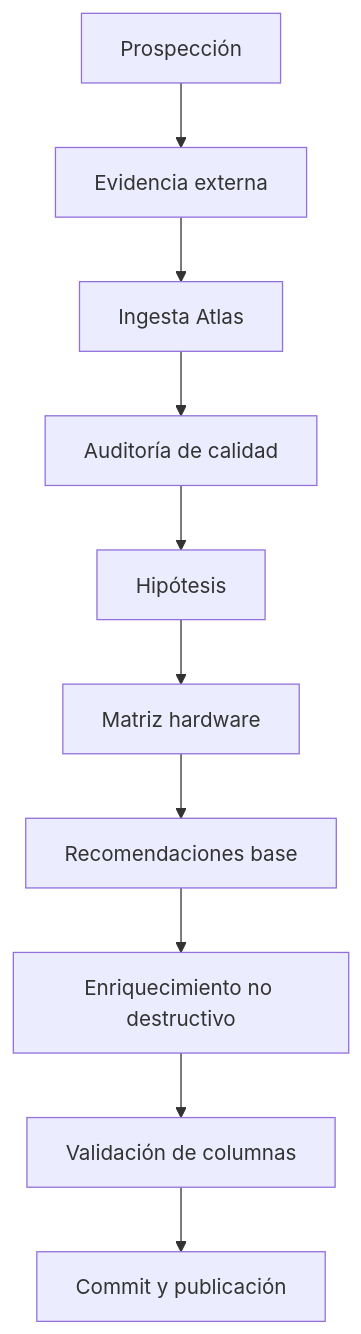
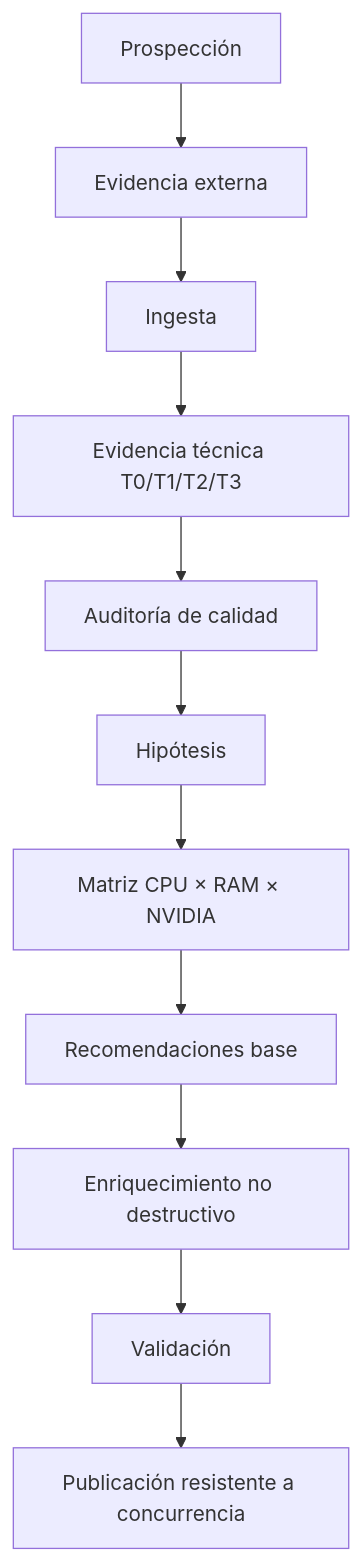
Before and after one commit to robertosantosx2/LEONES: the diagram in docs/phases/2026-08-atlas-recommendation-pipeline/ARCHITECTURE.md, drawn with Mermaid. The commit also changed other lines of this file, not shown here.

Commit message:
docs: finalize H10 architecture

````diff
--- a/docs/phases/2026-08-atlas-recommendation-pipeline/ARCHITECTURE.md
+++ b/docs/phases/2026-08-atlas-recommendation-pipeline/ARCHITECTURE.md
@@ -22,12 +23,13 @@
 ```mermaid
 flowchart TD
     A[Prospección] --> B[Evidencia externa]
-    B --> C[Ingesta Atlas]
-    C --> D[Auditoría de calidad]
-    D --> E[Hipótesis]
-    E --> F[Matriz hardware]
-    F --> G[Recomendaciones base]
-    G --> H[Enriquecimiento no destructivo]
-    H --> I[Validación de columnas]
-    I --> J[Commit y publicación]
+    B --> C[Ingesta]
+    C --> D[Evidencia técnica T0/T1/T2/T3]
+    D --> E[Auditoría de calidad]
+    E --> F[Hipótesis]
+    F --> G[Matriz CPU × RAM × NVIDIA]
+    G --> H[Recomendaciones base]
+    H --> I[Enriquecimiento no destructivo]
+    I --> J[Validación]
+    J --> K[Publicación resistente a concurrencia]
 ```
````
